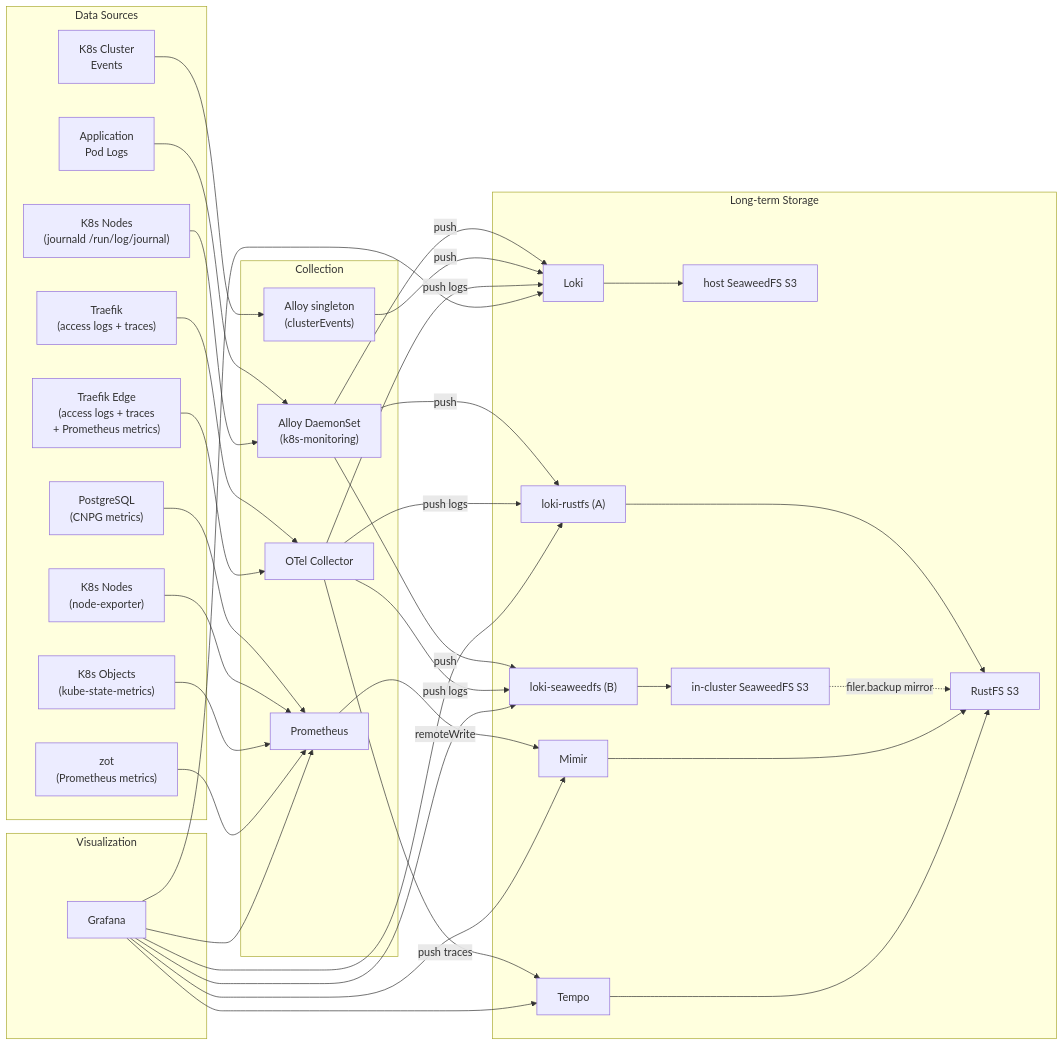
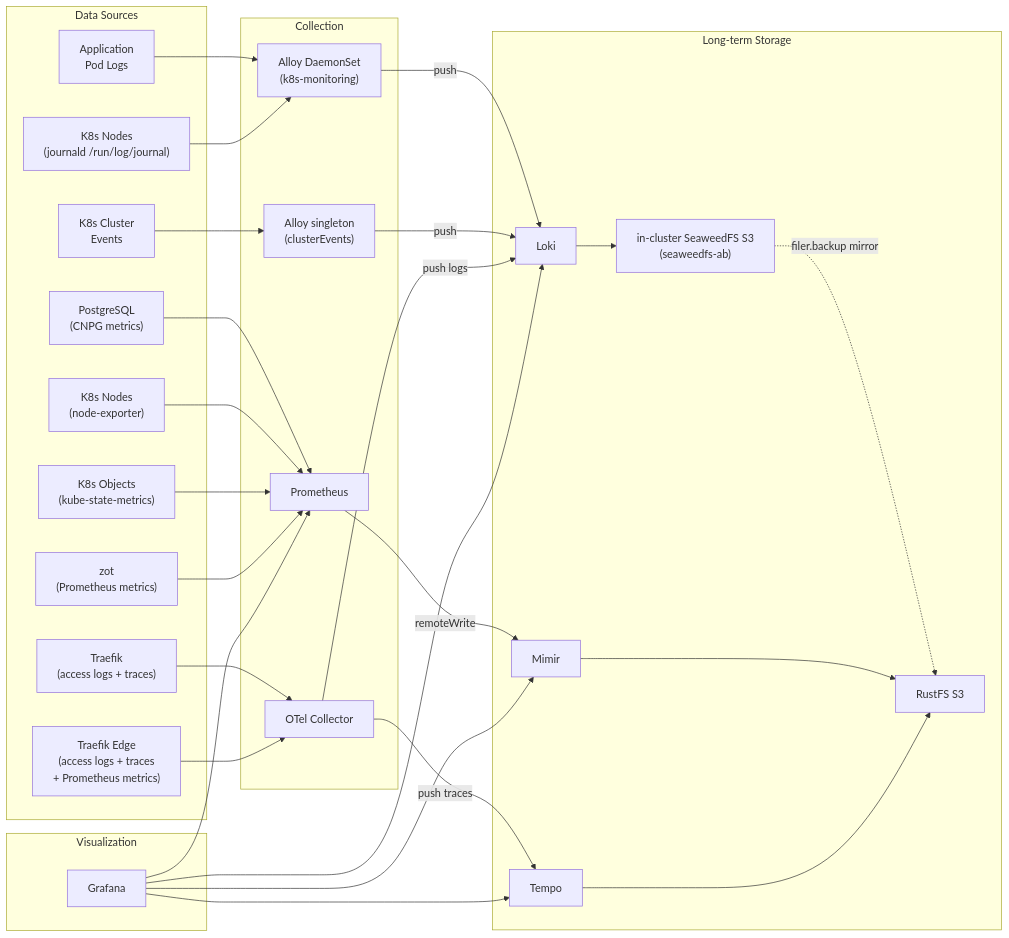
One commit to rmlandvreugd/cnpg-playground changed diagram 11 of 12 in docs/architecture-overview.md. Above: the diagram before and after it, drawn with Mermaid. The commit also changed other lines of this file and 19 other files, not shown here.

````diff
--- a/docs/architecture-overview.md
+++ b/docs/architecture-overview.md
@@ -451,70 +443,59 @@
 ```mermaid
 flowchart LR
     subgraph Sources["Data Sources"]
         PG["PostgreSQL<br/>(CNPG metrics)"]
         K8sN["K8s Nodes<br/>(node-exporter)"]
         K8sO["K8s Objects<br/>(kube-state-metrics)"]
         TraefikS["Traefik<br/>(access logs + traces)"]
         TraefikEdgeS["Traefik Edge<br/>(access logs + traces<br/>+ Prometheus metrics)"]
         ZotS["zot<br/>(Prometheus metrics)"]
         AppL["Application<br/>Pod Logs"]
         NodeJ["K8s Nodes<br/>(journald /run/log/journal)"]
         Ev["K8s Cluster<br/>Events"]
     end
 
     subgraph Collection["Collection"]
         Prom["Prometheus"]
         Alloy["Alloy DaemonSet<br/>(k8s-monitoring)"]
         AlloyS["Alloy singleton<br/>(clusterEvents)"]
         OTel["OTel Collector"]
     end
 
     subgraph Storage["Long-term Storage"]
         Mimir["Mimir"]
         Loki["Loki"]
         Tempo["Tempo"]
-        LokiA["loki-rustfs (A)"]
-        LokiB["loki-seaweedfs (B)"]
         S3["RustFS S3"]
-        Seaweed["host SeaweedFS S3"]
-        SeaweedIn["in-cluster SeaweedFS S3"]
+        SeaweedIn["in-cluster SeaweedFS S3<br/>(seaweedfs-ab)"]
     end
 
     subgraph Visualization["Visualization"]
         Grafana["Grafana"]
     end
 
     PG --> Prom
     K8sN --> Prom
     K8sO --> Prom
     AppL --> Alloy
     NodeJ --> Alloy
     Ev --> AlloyS
     TraefikS --> OTel
     TraefikEdgeS --> OTel
     ZotS --> Prom
 
     Prom -->|remoteWrite| Mimir
     Alloy -->|push| Loki
-    Alloy -->|push| LokiA
-    Alloy -->|push| LokiB
     AlloyS -->|push| Loki
     OTel -->|push logs| Loki
-    OTel -->|push logs| LokiA
-    OTel -->|push logs| LokiB
     OTel -->|push traces| Tempo
 
-    Loki --> Seaweed
-    LokiA --> S3
-    LokiB --> SeaweedIn
+    Loki --> SeaweedIn
     SeaweedIn -.->|filer.backup mirror| S3
     Mimir --> S3
     Tempo --> S3
 
     Grafana --> Mimir
     Grafana --> Loki
-    Grafana --> LokiA
-    Grafana --> LokiB
     Grafana --> Tempo
     Grafana --> Prom
 ```
````
